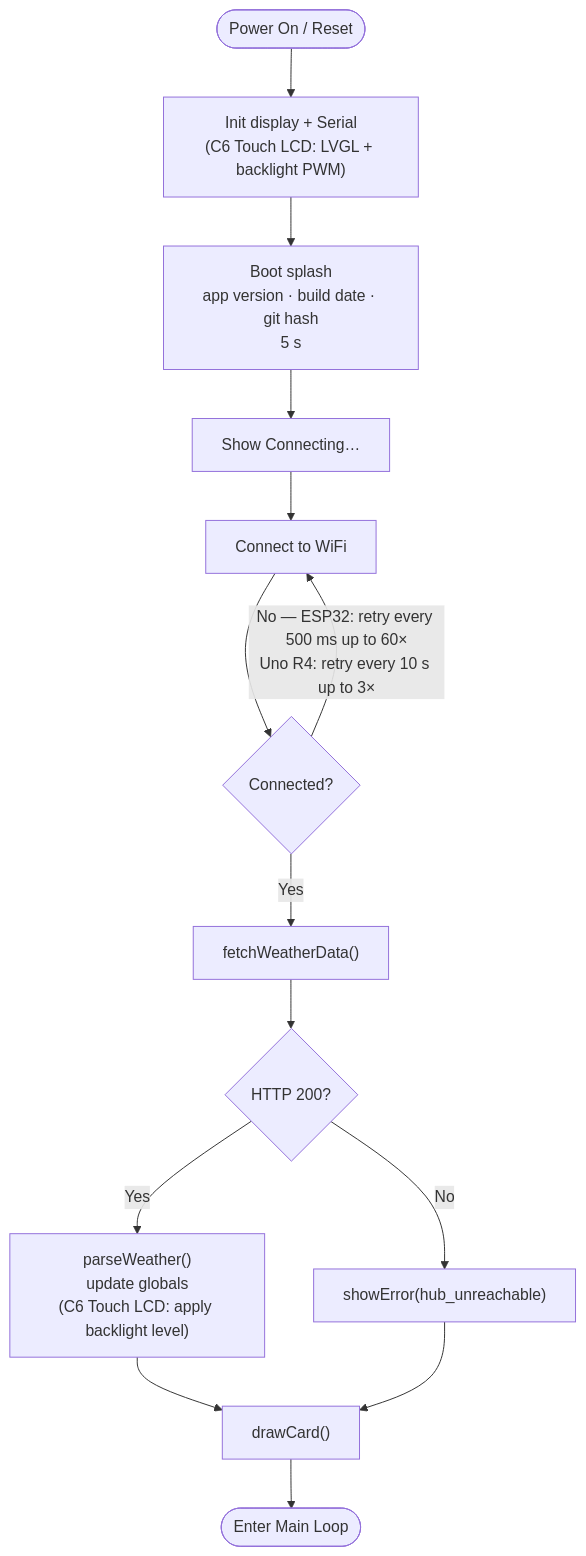
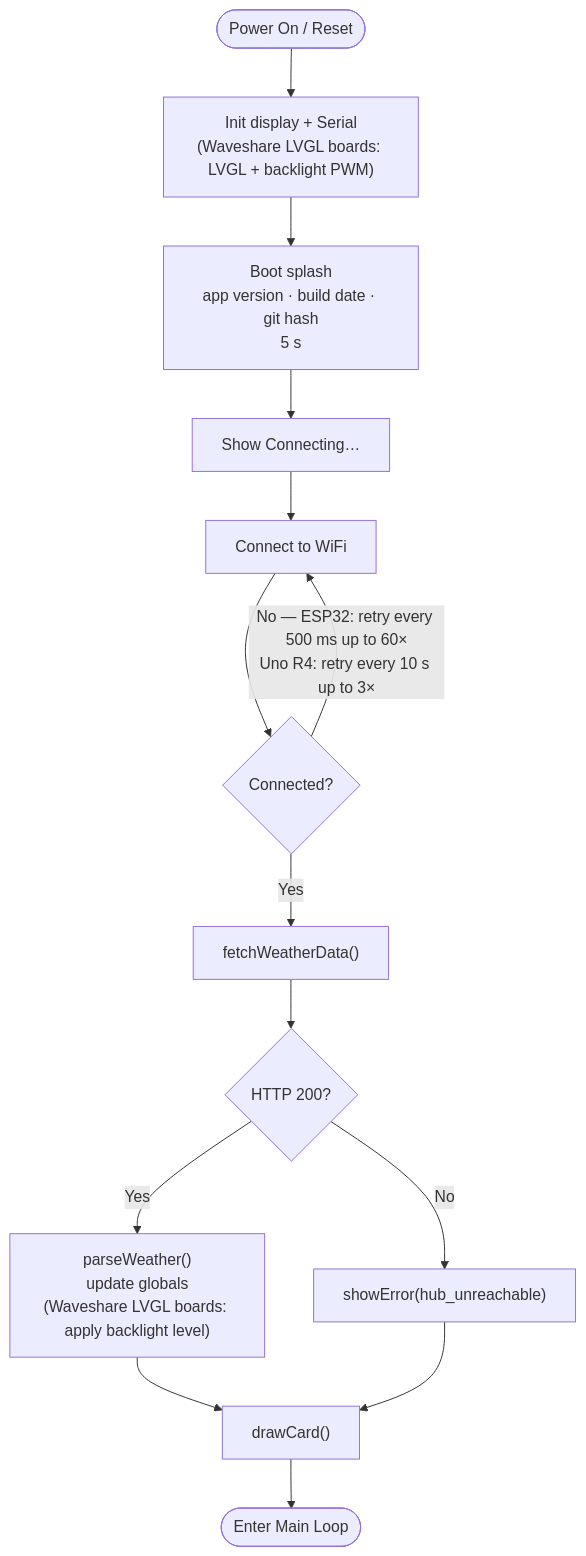
Before and after one commit to vcchstrandberg/home-hub-firmware: the first of 4 diagrams in docs/architecture.md, drawn with Mermaid. The commit also changed other lines of this file and 13 other files, not shown here.

First line of the commit message:
v2.7: New target esp32s3_waveshare_lcd (Waveshare ESP32-S3-LCD-2.8, non-touch)

````diff
--- a/docs/architecture.md
+++ b/docs/architecture.md
@@ -11,16 +11,16 @@
 ```mermaid
 flowchart TD
-    A(["Power On / Reset"]) --> B["Init display + Serial\n(C6 Touch LCD: LVGL + backlight PWM)"]
+    A(["Power On / Reset"]) --> B["Init display + Serial\n(Waveshare LVGL boards: LVGL + backlight PWM)"]
     B --> S["Boot splash\napp version · build date · git hash\n5 s"]
     S --> F["Show Connecting…"]
     F --> G["Connect to WiFi"]
     G --> H{Connected?}
     H -->|"No — ESP32: retry every 500 ms up to 60×\nUno R4: retry every 10 s up to 3×"| G
     H -->|Yes| J["fetchWeatherData()"]
     J --> K{"HTTP 200?"}
     K -->|No| ERR["showError(hub_unreachable)"]
-    K -->|Yes| L["parseWeather()\nupdate globals\n(C6 Touch LCD: apply backlight level)"]
+    K -->|Yes| L["parseWeather()\nupdate globals\n(Waveshare LVGL boards: apply backlight level)"]
     L --> M["drawCard()"]
     ERR --> M
     M --> N(["Enter Main Loop"])
 ```
````
